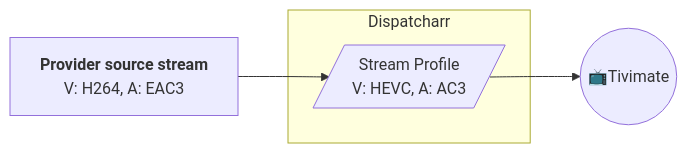
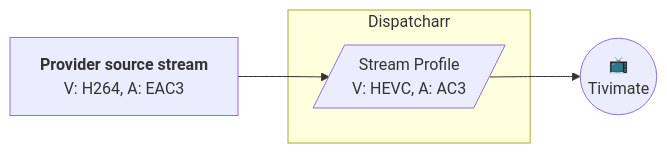
One commit to Dispatcharr/Dispatcharr-Docs changed the first of 2 diagrams in docs/en/system.md. Above: the diagram before and after it, drawn with Mermaid. The commit also changed other lines of this file, not shown here.

Commit message:
stream and output profile mermaid format fixes

````diff
--- a/docs/en/system.md
+++ b/docs/en/system.md
@@ -172,10 +172,8 @@
 ```mermaid
 flowchart LR
  subgraph D["Dispatcharr"]
         SP[/"Stream Profile <br> V: HEVC, A: AC3"/]
   end
     PR["`**Provider source stream** <br> V: H264, A: EAC3`"] --> SP
-    SP --> n1@{ label: "<span style=\"background-color:\">📺</span>Tivimate" }
-
-    n1@{ shape: circle}
+    SP --> CTI(("📺<br/>Tivimate"))
 ```
````
